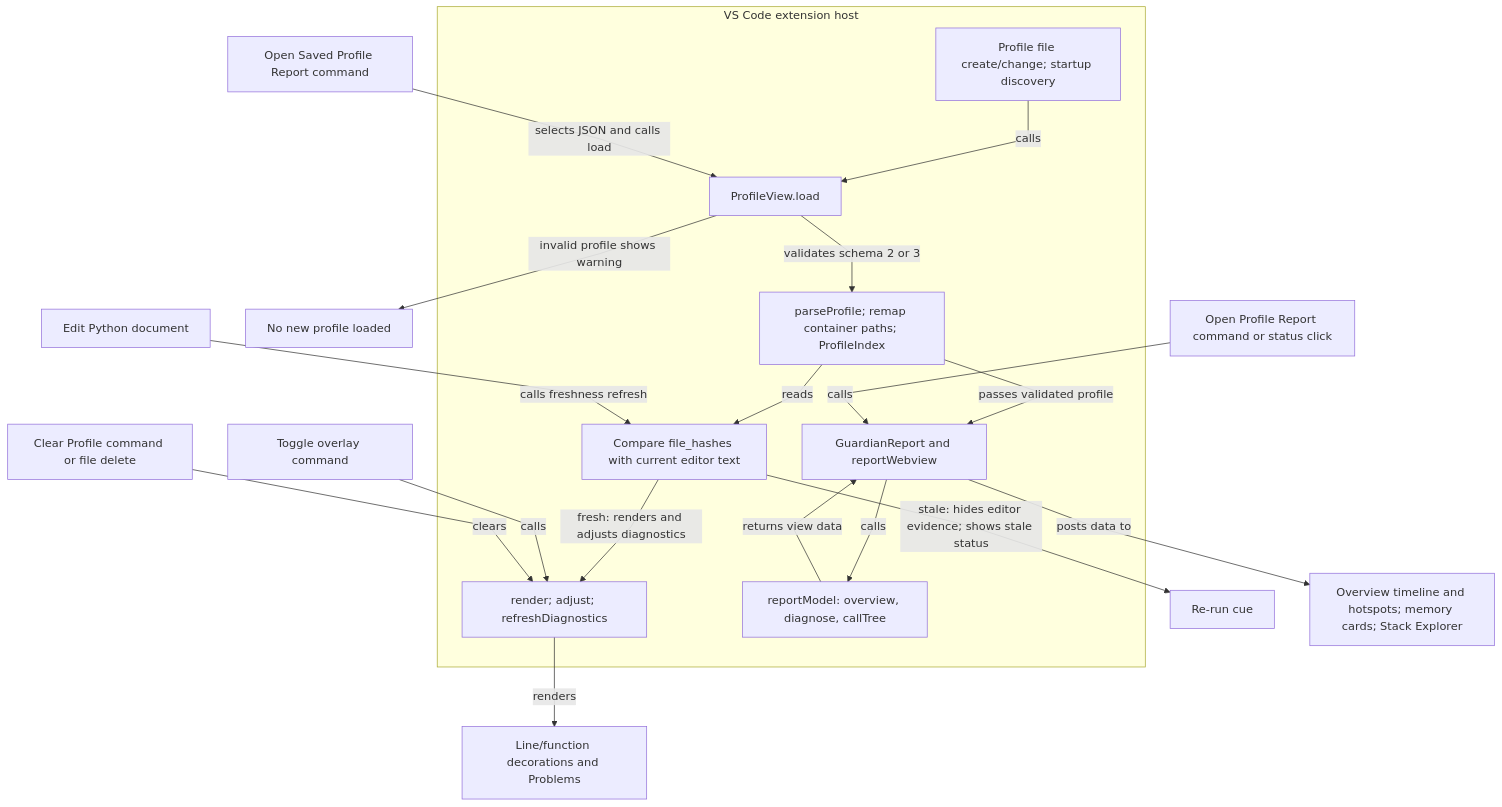
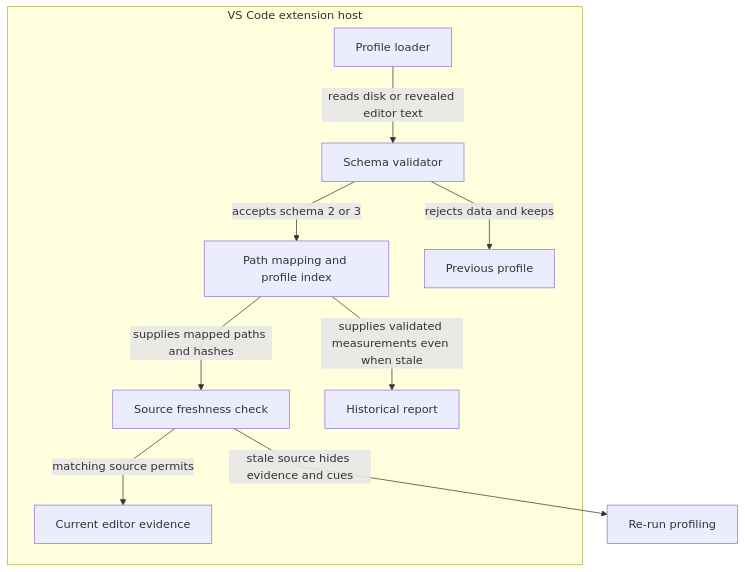
One commit to AashishTangnami/python-memory-guardian changed the fourth of 11 diagrams in docs/feature-map.md. Above: the diagram before and after it, drawn with Mermaid. The commit also changed other lines of this file and 11 other files, not shown here.

````diff
--- a/docs/feature-map.md
+++ b/docs/feature-map.md
@@ -139,29 +188,20 @@
 ```mermaid
 %%{init: {"fontFamily":"Inter, ui-sans-serif, system-ui, sans-serif","flowchart":{"curve":"linear","nodeSpacing":50,"rankSpacing":60},"layout":"dagre"}}%%
 flowchart TD
-    Trigger["Profile file create/change; startup discovery"] -->|calls| Load["ProfileView.load"]
     subgraph EXT["VS Code extension host"]
-      Trigger
-      Load
-      Parse["parseProfile; remap container paths; ProfileIndex"]
-      Fresh["Compare file_hashes with current editor text"]
-      Feedback["render; adjust; refreshDiagnostics"]
-      Report["GuardianReport and reportWebview"]
-      Models["reportModel: overview, diagnose, callTree"]
+      Load["Profile loader"]
+      Valid["Schema validator"]
+      Index["Path mapping and profile index"]
+      Fresh["Source freshness check"]
+      Current["Current editor evidence"]
+      Historical["Historical report"]
+      Previous["Previous profile"]
     end
-    Load -->|validates schema 2 or 3| Parse
-    Load -->|invalid profile shows warning| Invalid["No new profile loaded"]
-    Parse -->|reads| Fresh
-    Fresh -->|fresh: renders and adjusts diagnostics| Feedback
-    Fresh -->|stale: hides editor evidence; shows stale status| Stale["Re-run cue"]
-    Feedback -->|renders| Editor["Line/function decorations and Problems"]
-    Parse -->|passes validated profile| Report
-    Report -->|calls| Models
-    Models -->|returns view data| Report
-    Report -->|posts data to| Webview["Overview timeline and hotspots; memory cards; Stack Explorer"]
-    Edit["Edit Python document"] -->|calls freshness refresh| Fresh
-    Open["Open Profile Report command or status click"] -->|calls| Report
-    Saved["Open Saved Profile Report command"] -->|selects JSON and calls load| Load
-    Toggle["Toggle overlay command"] -->|calls| Feedback
-    Clear["Clear Profile command or file delete"] -->|clears| Feedback
+    Load -->|reads disk or revealed editor text| Valid
+    Valid -->|accepts schema 2 or 3| Index
+    Valid -->|rejects data and keeps| Previous
+    Index -->|supplies mapped paths and hashes| Fresh
+    Fresh -->|matching source permits| Current
+    Fresh -->|stale source hides evidence and cues| Rerun["Re-run profiling"]
+    Index -->|supplies validated measurements even when stale| Historical
 ```
````
